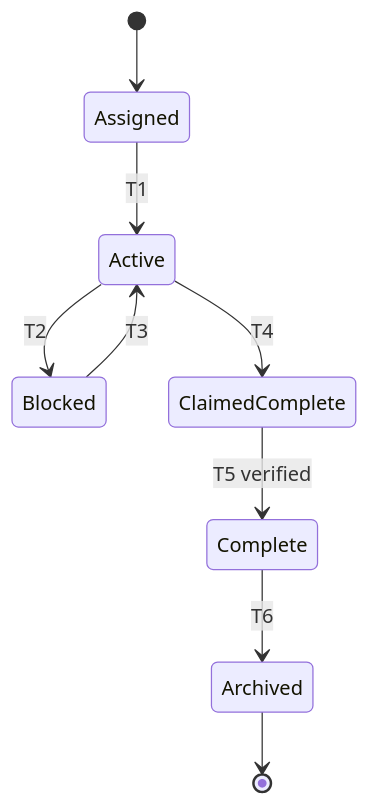
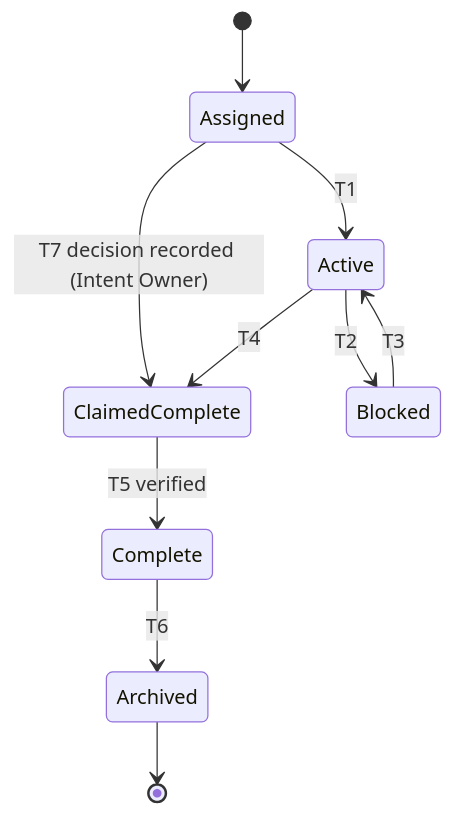
The diagram in specifications/State-Machine-Spec.md (panel-parade/Control-Plane), drawn with Mermaid before and after one commit. The commit also changed other lines of this file, not shown here.

Commit message:
Amend State-Machine-Spec to v0.2: add T7 Assigned->Claimed Complete for Intent Owner decisions (CP-02, #31)

````diff
--- a/specifications/State-Machine-Spec.md
+++ b/specifications/State-Machine-Spec.md
@@ -33,11 +35,15 @@
 ```mermaid
 stateDiagram-v2
     [*] --> Assigned
     Assigned --> Active: T1
+    Assigned --> ClaimedComplete: T7 decision recorded (Intent Owner)
+
     Active --> Blocked: T2
     Blocked --> Active: T3
     Active --> ClaimedComplete: T4
+
     ClaimedComplete --> Complete: T5 verified
+
     Complete --> Archived: T6
     Archived --> [*]
 ```
````
